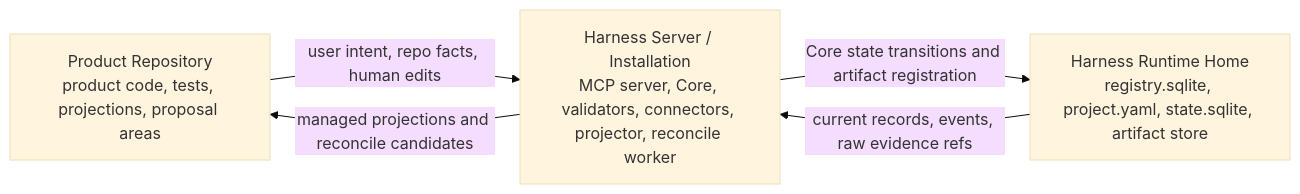
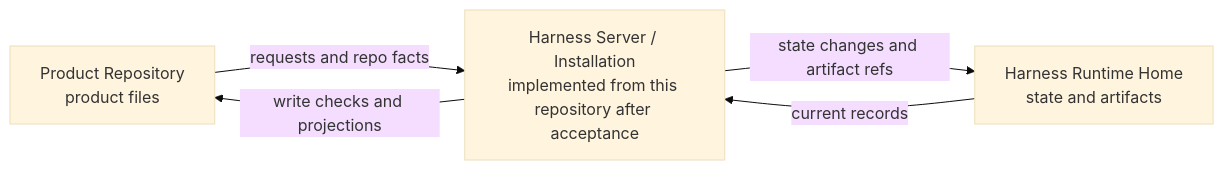
The first of 2 diagrams in docs/en/reference/runtime-architecture.md (minjungw00/Volicord), drawn with Mermaid (base theme) before and after one commit. The commit also changed other lines of this file and 11 other files, not shown here.

Commit message:
docs: refresh diagrams for clarified harness flows

````diff
--- a/docs/en/reference/runtime-architecture.md
+++ b/docs/en/reference/runtime-architecture.md
@@ -70,11 +70,11 @@
 ```mermaid
 flowchart LR
-  Repo["Product Repository<br/>product code, tests, projections, proposal areas"]
-  Server["Harness Server / Installation<br/>MCP server, Core, validators, connectors, projector, reconcile worker"]
-  Home["Harness Runtime Home<br/>registry.sqlite, project.yaml, state.sqlite, artifact store"]
+  Repo["Product Repository<br/>product files"]
+  Server["Harness Server / Installation<br/>implemented from this repository after acceptance"]
+  Home["Harness Runtime Home<br/>state and artifacts"]
 
-  Repo -->|user intent, repo facts, human edits| Server
-  Server -->|managed projections and reconcile candidates| Repo
-  Server -->|Core state transitions and artifact registration| Home
-  Home -->|current records, events, raw evidence refs| Server
+  Repo -->|requests and repo facts| Server
+  Server -->|write checks and projections| Repo
+  Server -->|state changes and artifact refs| Home
+  Home -->|current records| Server
 ```
````
